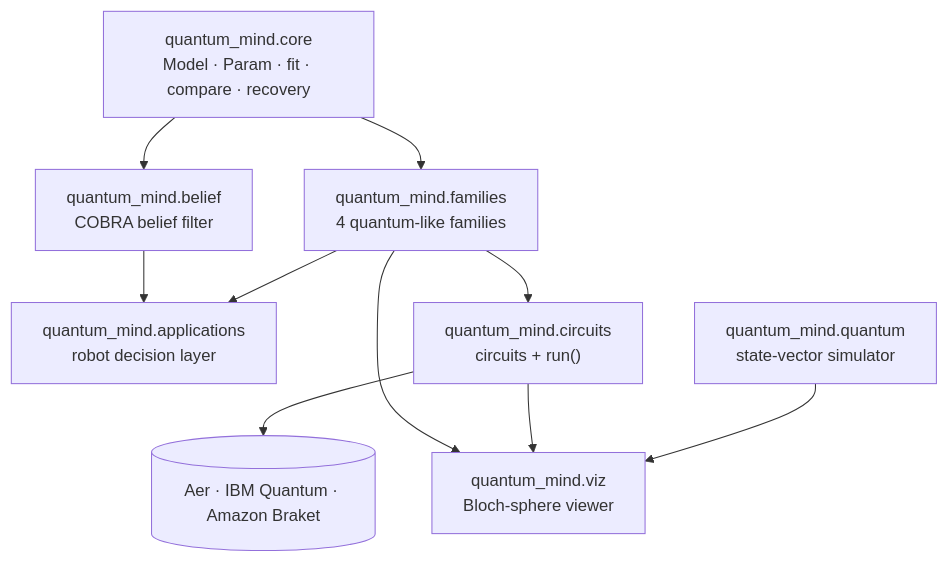
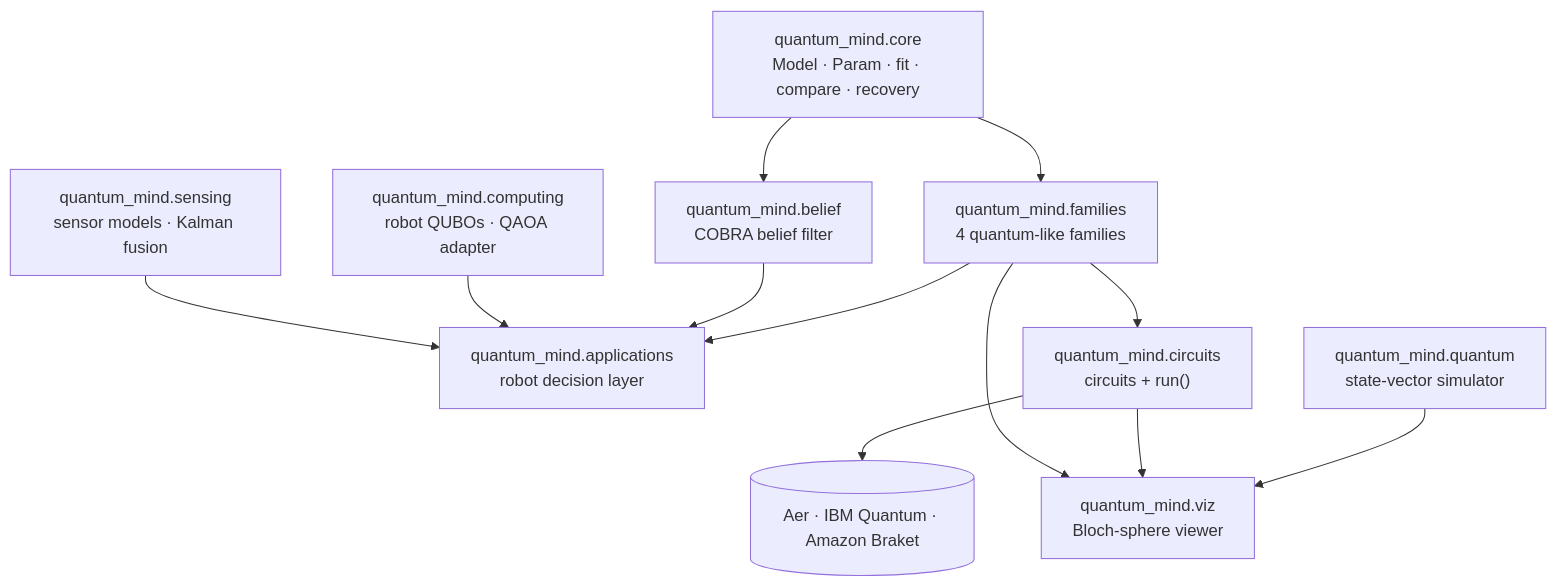
One commit to yeshwanthguru/Quantum-mind changed the diagram in docs/user_guide/index.md. Above: the diagram before and after it, drawn with Mermaid. The commit also changed other lines of this file and 55 other files, not shown here.

First line of the commit message:
Cover all three threads of quantum robotics: computing, sensing and cognition

````diff
--- a/docs/user_guide/index.md
+++ b/docs/user_guide/index.md
@@ -6,17 +6,21 @@
 ```{mermaid}
 flowchart TB
     core["quantum_mind.core<br/>Model · Param · fit · compare · recovery"]
     fam["quantum_mind.families<br/>4 quantum-like families"]
     bel["quantum_mind.belief<br/>COBRA belief filter"]
+    cmp["quantum_mind.computing<br/>robot QUBOs · QAOA adapter"]
+    sen["quantum_mind.sensing<br/>sensor models · Kalman fusion"]
     app["quantum_mind.applications<br/>robot decision layer"]
     circ["quantum_mind.circuits<br/>circuits + run()"]
     sim["quantum_mind.quantum<br/>state-vector simulator"]
     viz["quantum_mind.viz<br/>Bloch-sphere viewer"]
     hw[("Aer · IBM Quantum · Amazon Braket")]
     core --> fam --> app
     core --> bel --> app
+    cmp --> app
+    sen --> app
     fam --> circ --> hw
     sim --> viz
     circ --> viz
     fam --> viz
 ```
````
